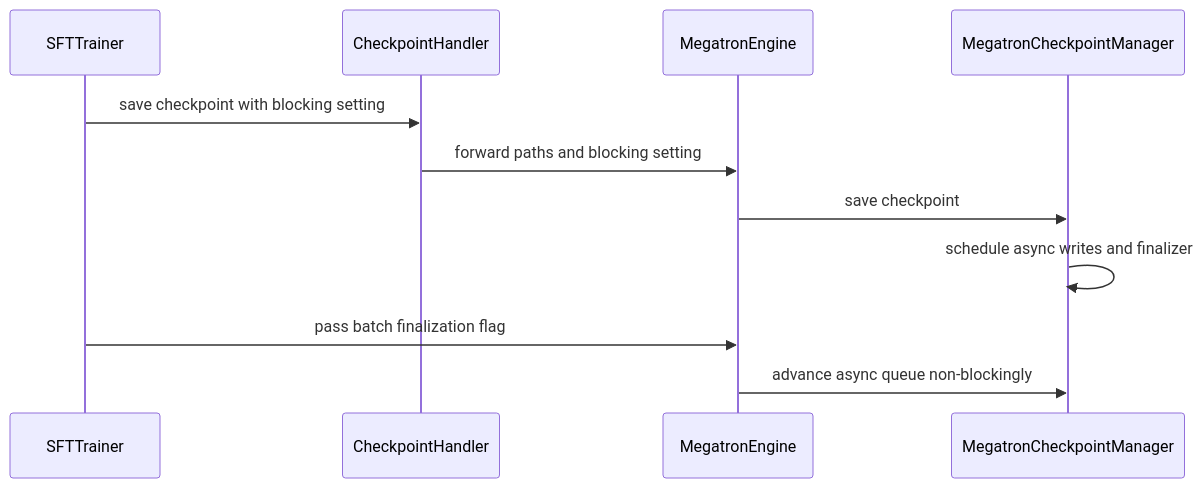
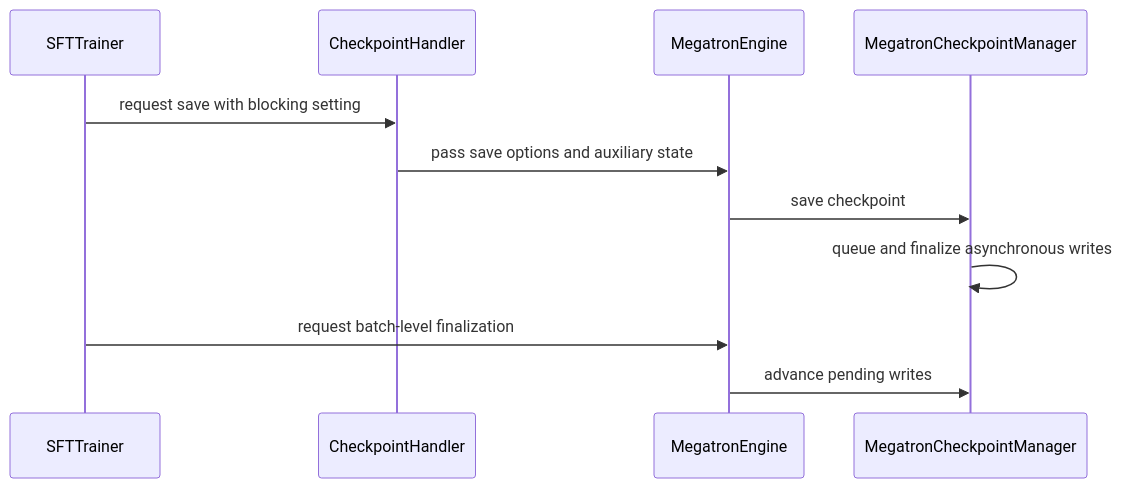
Before and after one commit to yuguo-Jack/HCU-TrainFlow: the diagram in knowledge/projects/verl/knowledgebase/upstream/prs/verl-project--verl/PR-8003.md, drawn with Mermaid. The commit also changed other lines of this file and 42044 other files, not shown here.

````diff
--- a/knowledge/projects/verl/knowledgebase/upstream/prs/verl-project--verl/PR-8003.md
+++ b/knowledge/projects/verl/knowledgebase/upstream/prs/verl-project--verl/PR-8003.md
@@ -231,13 +518,13 @@
 ```mermaid
 sequenceDiagram
   participant SFTTrainer
   participant CheckpointHandler
   participant MegatronEngine
   participant MegatronCheckpointManager
-  SFTTrainer->>CheckpointHandler: save checkpoint with blocking setting
-  CheckpointHandler->>MegatronEngine: forward paths and blocking setting
+  SFTTrainer->>CheckpointHandler: request save with blocking setting
+  CheckpointHandler->>MegatronEngine: pass save options and auxiliary state
   MegatronEngine->>MegatronCheckpointManager: save checkpoint
-  MegatronCheckpointManager->>MegatronCheckpointManager: schedule async writes and finalizer
-  SFTTrainer->>MegatronEngine: pass batch finalization flag
-  MegatronEngine->>MegatronCheckpointManager: advance async queue non-blockingly
+  MegatronCheckpointManager->>MegatronCheckpointManager: queue and finalize asynchronous writes
+  SFTTrainer->>MegatronEngine: request batch-level finalization
+  MegatronEngine->>MegatronCheckpointManager: advance pending writes
 ```
````
